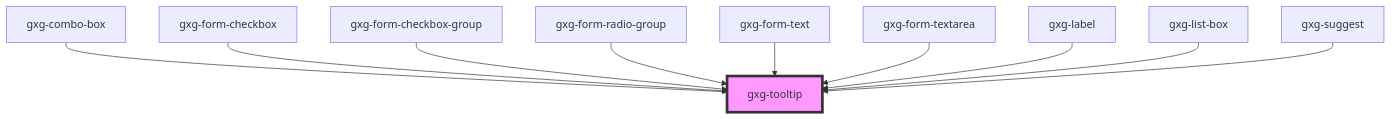
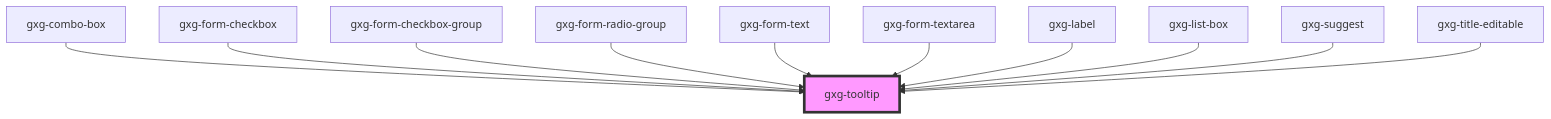
Before and after one commit to genexuslabs/gemini: the diagram in src/components/tooltip/readme.md, drawn with Mermaid. The commit also changed other lines of this file and 9 other files, not shown here.

Commit message:
update gxg-title-editable

````diff
--- a/src/components/tooltip/readme.md
+++ b/src/components/tooltip/readme.md
@@ -33,13 +33,14 @@
 ```mermaid
 graph TD;
   gxg-combo-box --> gxg-tooltip
   gxg-form-checkbox --> gxg-tooltip
   gxg-form-checkbox-group --> gxg-tooltip
   gxg-form-radio-group --> gxg-tooltip
   gxg-form-text --> gxg-tooltip
   gxg-form-textarea --> gxg-tooltip
   gxg-label --> gxg-tooltip
   gxg-list-box --> gxg-tooltip
   gxg-suggest --> gxg-tooltip
+  gxg-title-editable --> gxg-tooltip
   style gxg-tooltip fill:#f9f,stroke:#333,stroke-width:4px
 ```
````
